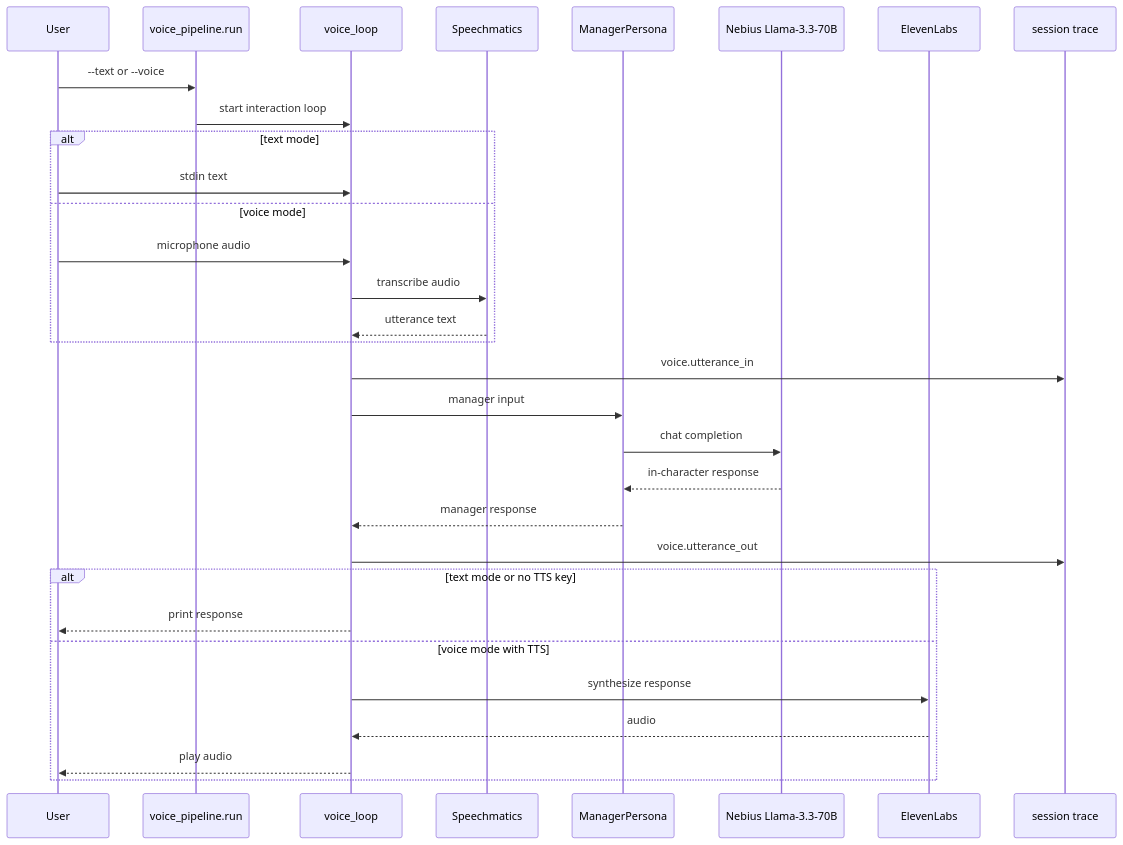
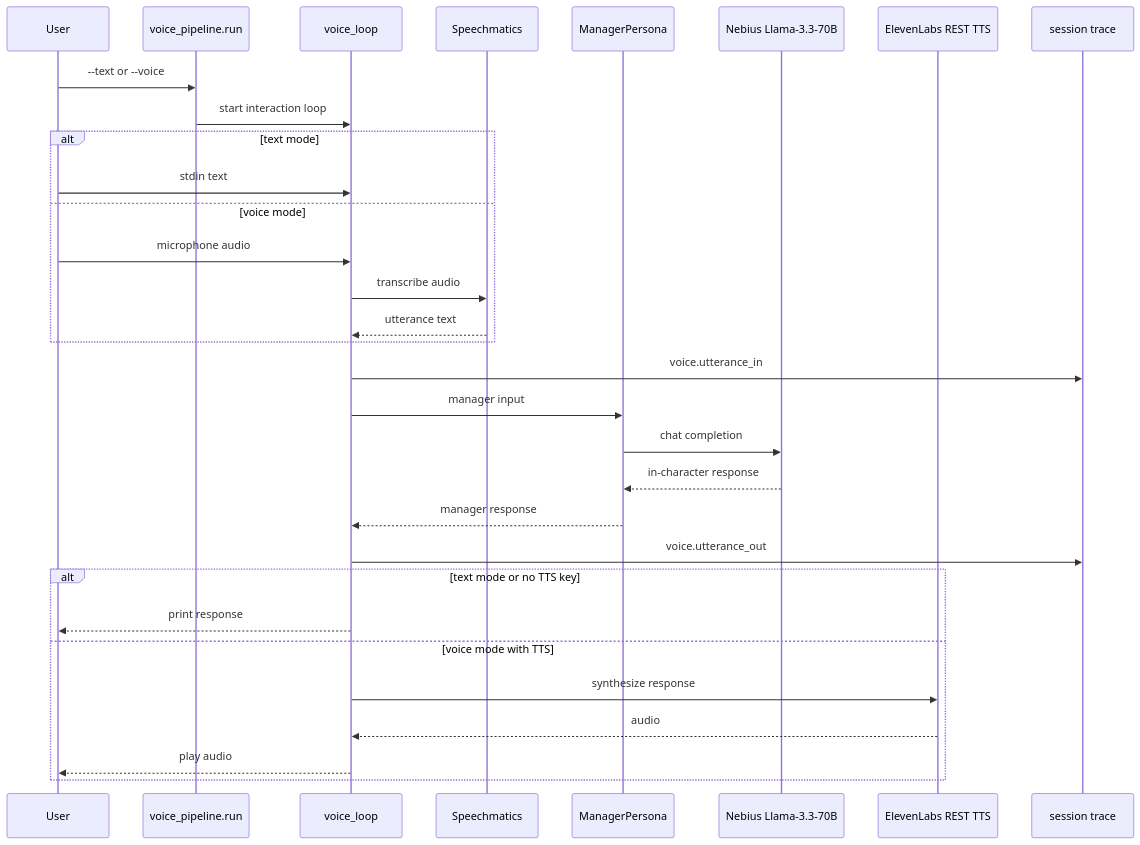
The diagram in docs/architecture/ex8-voice-pipeline.md (khab40/homework-pub-booking), drawn with Mermaid before and after one commit. The commit also changed other lines of this file and 121 other files, not shown here.

````diff
--- a/docs/architecture/ex8-voice-pipeline.md
+++ b/docs/architecture/ex8-voice-pipeline.md
@@ -11,34 +12,34 @@
 ```mermaid
 sequenceDiagram
     participant User
     participant CLI as voice_pipeline.run
     participant Voice as voice_loop
     participant STT as Speechmatics
     participant Persona as ManagerPersona
     participant Nebius as Nebius Llama-3.3-70B
-    participant TTS as ElevenLabs
+    participant TTS as ElevenLabs REST TTS
     participant Trace as session trace
 
     User->>CLI: --text or --voice
     CLI->>Voice: start interaction loop
     alt text mode
         User->>Voice: stdin text
     else voice mode
         User->>Voice: microphone audio
         Voice->>STT: transcribe audio
         STT-->>Voice: utterance text
     end
     Voice->>Trace: voice.utterance_in
     Voice->>Persona: manager input
     Persona->>Nebius: chat completion
     Nebius-->>Persona: in-character response
     Persona-->>Voice: manager response
     Voice->>Trace: voice.utterance_out
     alt text mode or no TTS key
         Voice-->>User: print response
     else voice mode with TTS
         Voice->>TTS: synthesize response
         TTS-->>Voice: audio
         Voice-->>User: play audio
     end
 ```
````
